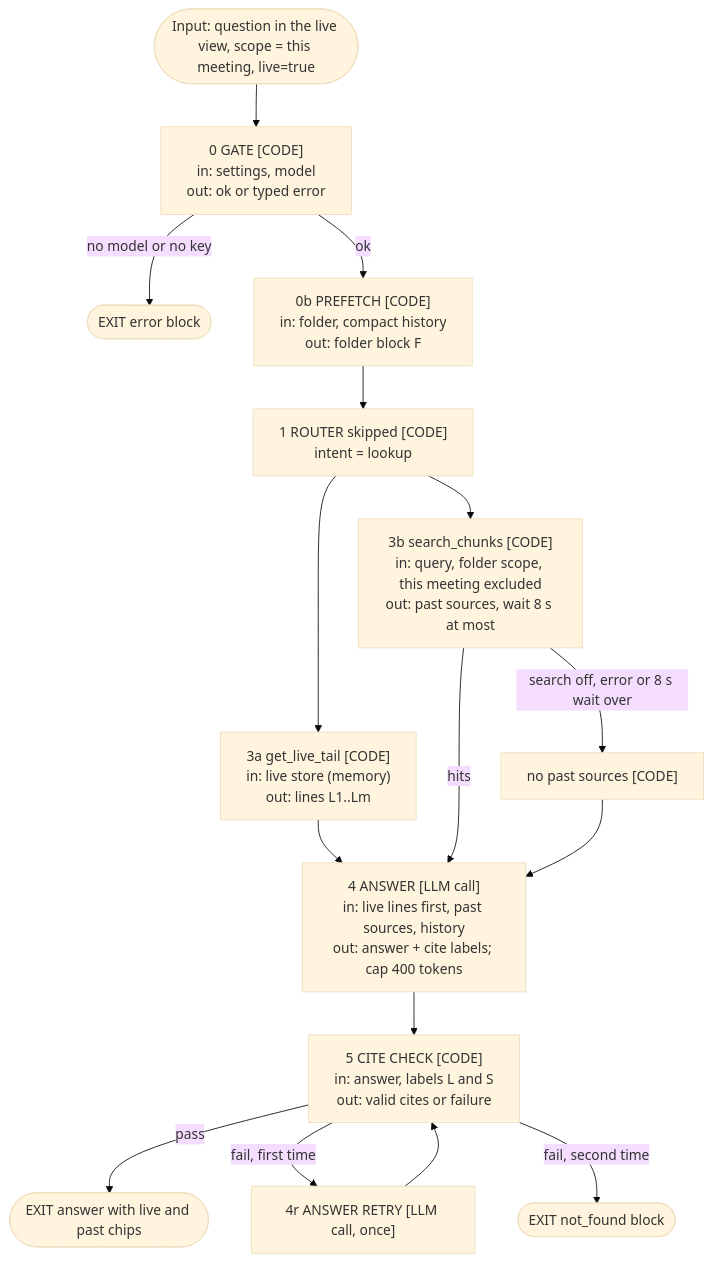
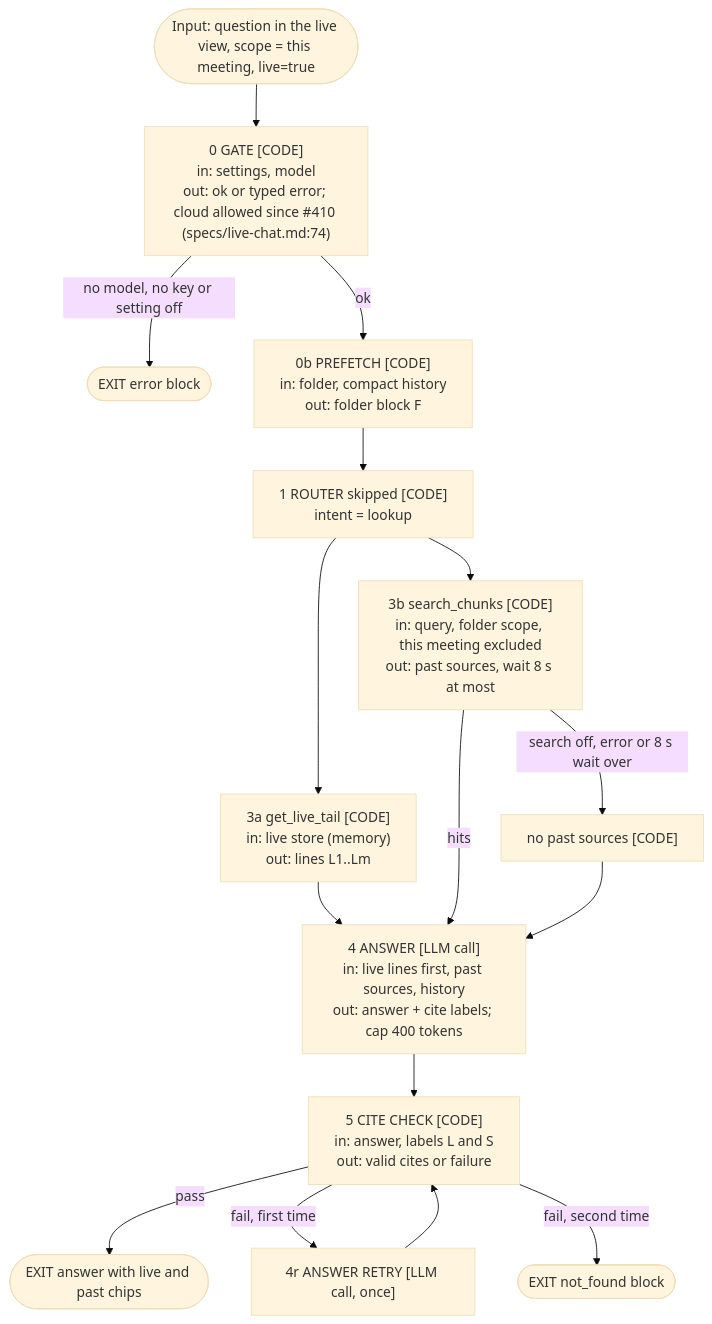
Before and after one commit to Maheidem/openstyle: the second of 12 diagrams in specs/meeting-chat-agent.md, drawn with Mermaid (base theme). The commit also changed other lines of this file and 48 other files, not shown here.

First line of the commit message:
feat(chat): Ask research mode (D21) as a LangGraph graph (#412)

````diff
--- a/specs/meeting-chat-agent.md
+++ b/specs/meeting-chat-agent.md
@@ -260,19 +261,19 @@
 ```mermaid
 flowchart TD
   IN(["Input: question in the live view, scope = this meeting, live=true"]) --> L0
-  L0["0 GATE [CODE]<br/>in: settings, model<br/>out: ok or typed error"]
-  L0 -->|"no model or no key"| LX1(["EXIT error block"])
+  L0["0 GATE [CODE]<br/>in: settings, model<br/>out: ok or typed error; cloud allowed since #410 (specs/live-chat.md:74)"]
+  L0 -->|"no model, no key or setting off"| LX1(["EXIT error block"])
   L0 -->|ok| L0B["0b PREFETCH [CODE]<br/>in: folder, compact history<br/>out: folder block F"]
   L0B --> L1["1 ROUTER skipped [CODE]<br/>intent = lookup"]
   L1 --> L3A["3a get_live_tail [CODE]<br/>in: live store (memory)<br/>out: lines L1..Lm"]
   L1 --> L3B["3b search_chunks [CODE]<br/>in: query, folder scope, this meeting excluded<br/>out: past sources, wait 8 s at most"]
   L3B -->|"search off, error or 8 s wait over"| L3C["no past sources [CODE]"]
   L3A --> L4
   L3B -->|"hits"| L4
   L3C --> L4["4 ANSWER [LLM call]<br/>in: live lines first, past sources, history<br/>out: answer + cite labels; cap 400 tokens"]
   L4 --> L5["5 CITE CHECK [CODE]<br/>in: answer, labels L and S<br/>out: valid cites or failure"]
   L5 -->|pass| LX2(["EXIT answer with live and past chips"])
   L5 -->|"fail, first time"| L4R["4r ANSWER RETRY [LLM call, once]"]
   L4R --> L5
   L5 -->|"fail, second time"| LX3(["EXIT not_found block"])
 ```
````
